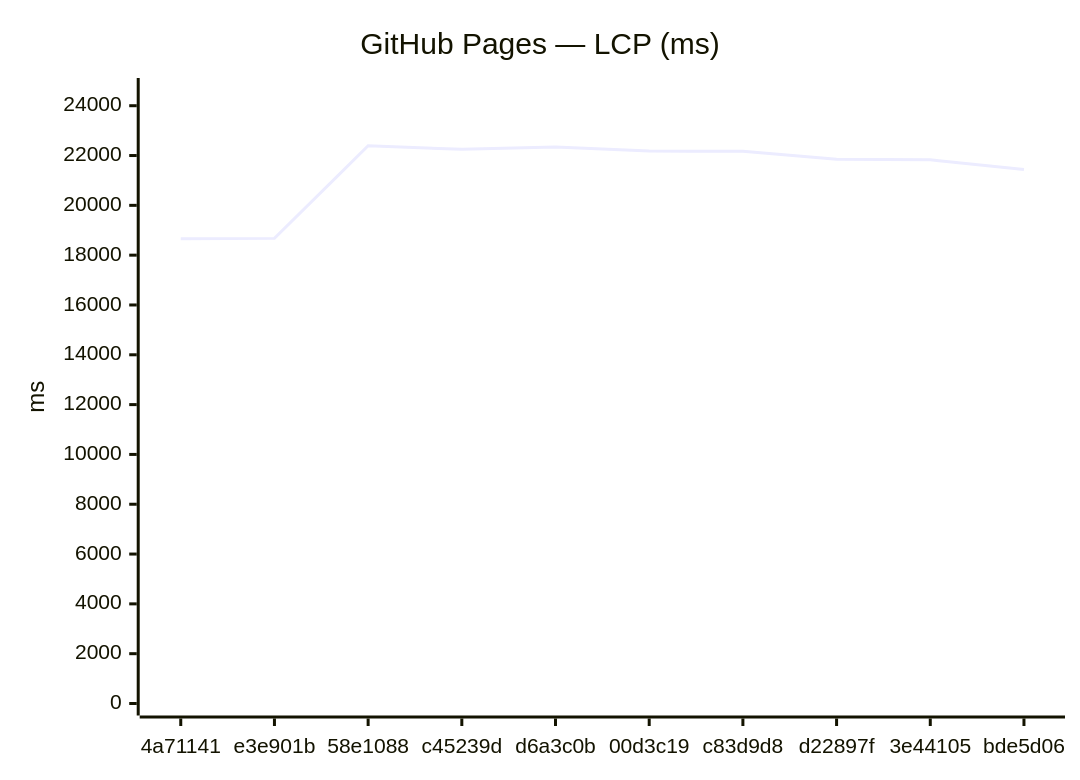
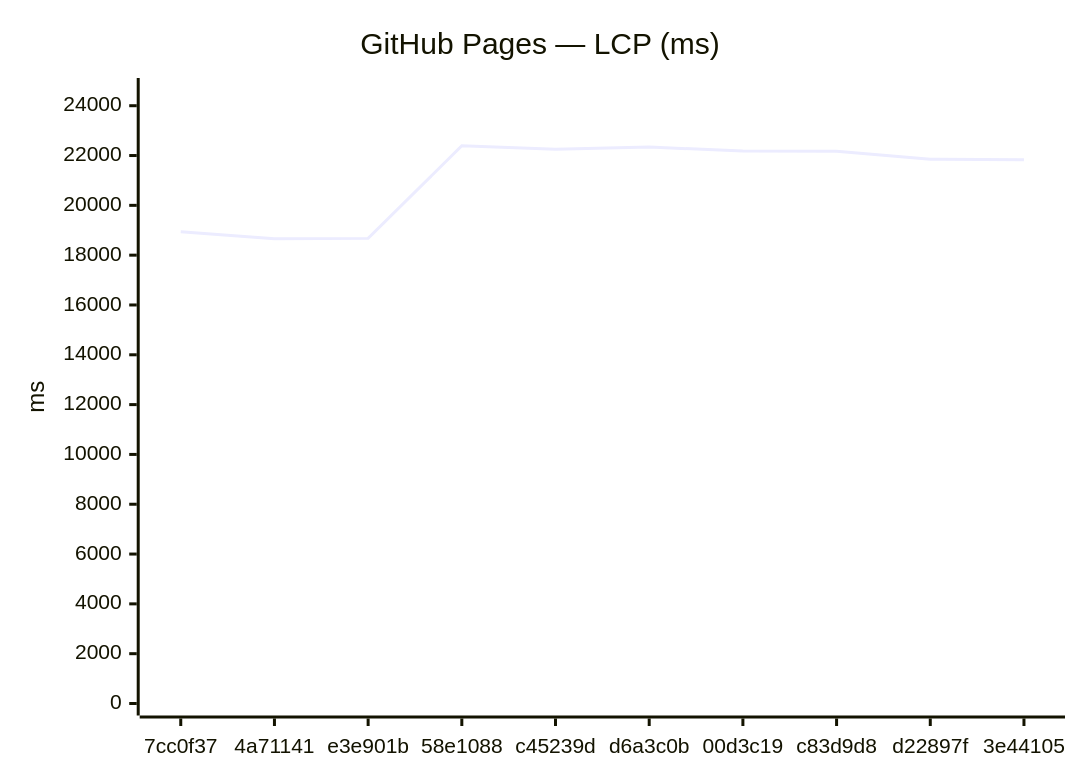
Before and after one commit to Metaheurist/Rianell: the third of 18 diagrams in benchmarks/compare.md, drawn with Mermaid. The commit also changed other lines of this file and 11 other files, not shown here.

````diff
--- a/benchmarks/compare.md
+++ b/benchmarks/compare.md
@@ -54,7 +54,7 @@
 ```mermaid
 xychart-beta
     title "GitHub Pages — LCP (ms)"
-    x-axis ["4a71141", "e3e901b", "58e1088", "c45239d", "d6a3c0b", "00d3c19", "c83d9d8", "d22897f", "3e44105", "bde5d06"]
+    x-axis ["7cc0f37", "4a71141", "e3e901b", "58e1088", "c45239d", "d6a3c0b", "00d3c19", "c83d9d8", "d22897f", "3e44105"]
     y-axis "ms" 0 --> 24631
-    line [18660, 18674, 22391, 22250, 22344, 22178, 22170, 21853, 21828, 21442]
+    line [18936, 18660, 18674, 22391, 22250, 22344, 22178, 22170, 21853, 21828]
 ```
````
